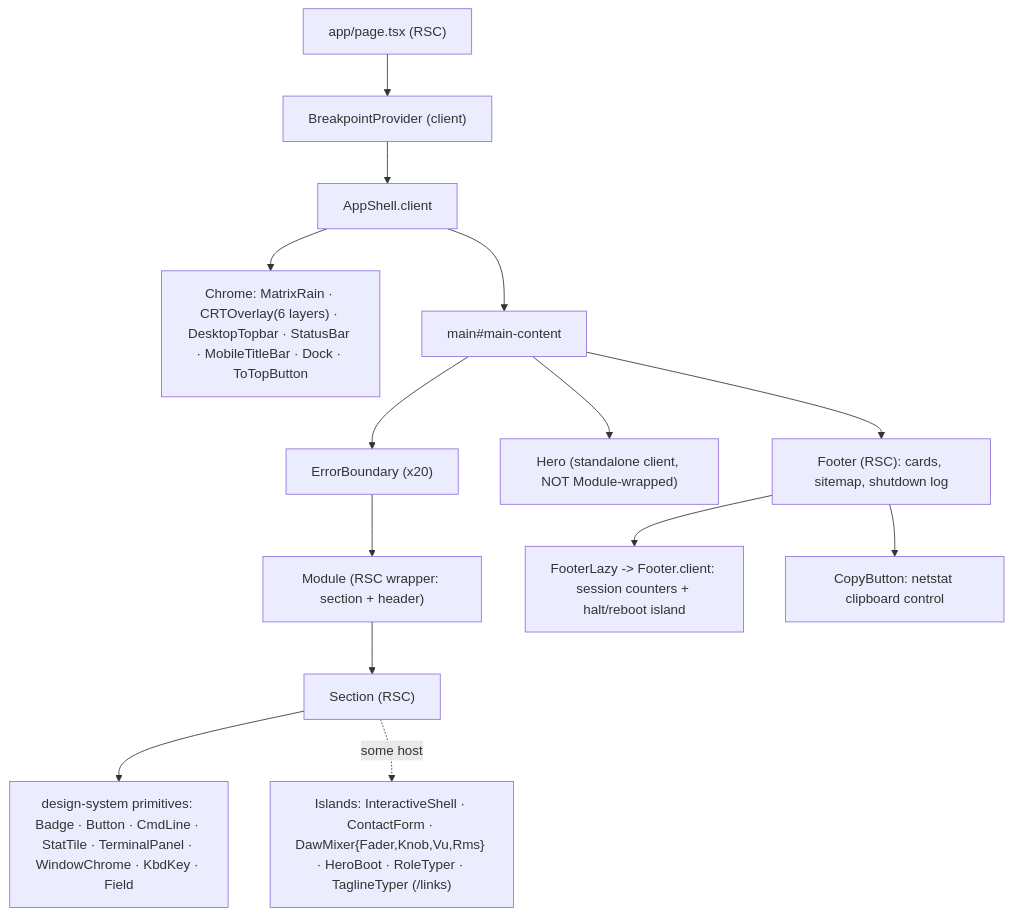
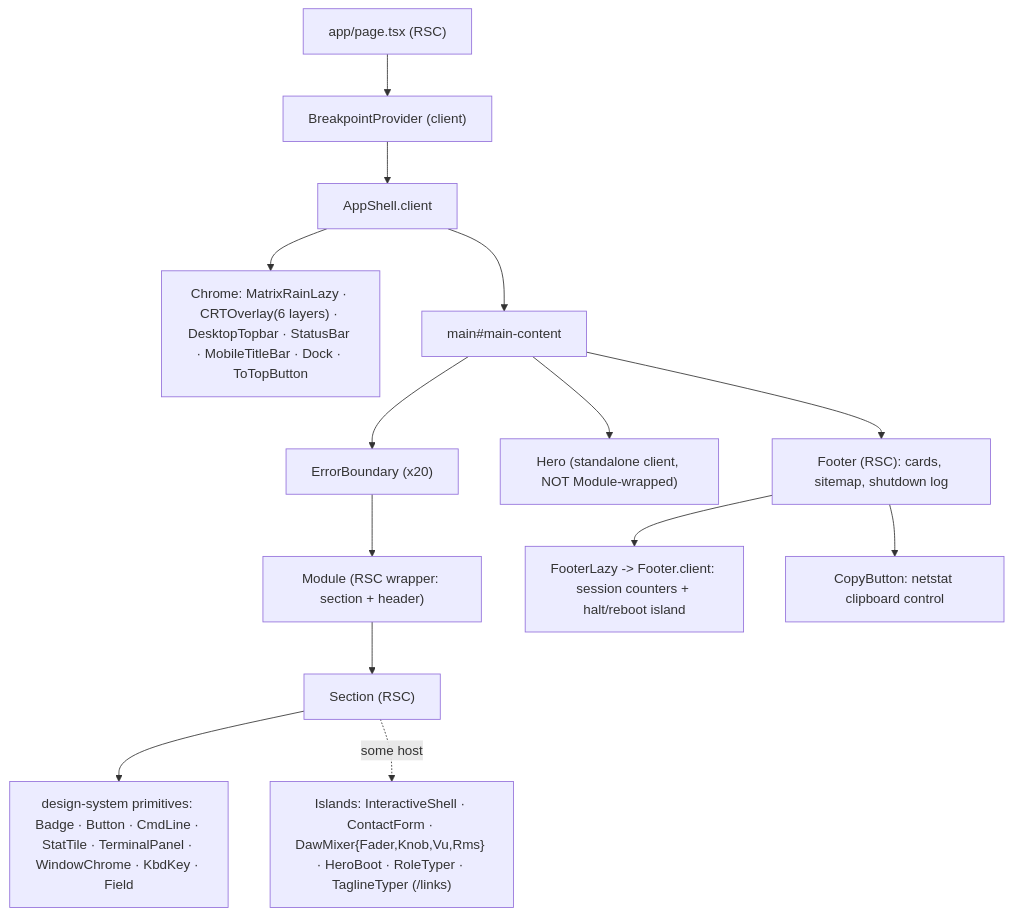
The first of 2 diagrams in docs/04-components-and-state.md (erikunha/portfolio), drawn with Mermaid before and after one commit. The commit also changed 36 other files, not shown here.

````diff
--- a/docs/04-components-and-state.md
+++ b/docs/04-components-and-state.md
@@ -22,16 +22,16 @@
 ```mermaid
 flowchart TD
     page["app/page.tsx (RSC)"] --> bp["BreakpointProvider (client)"]
     bp --> shell["AppShell.client"]
-    shell --> chrome["Chrome: MatrixRain · CRTOverlay(6 layers) · DesktopTopbar · StatusBar · MobileTitleBar · Dock · ToTopButton"]
+    shell --> chrome["Chrome: MatrixRainLazy · CRTOverlay(6 layers) · DesktopTopbar · StatusBar · MobileTitleBar · Dock · ToTopButton"]
     shell --> main["main#main-content"]
     main --> eb["ErrorBoundary (x20)"]
     eb --> mod["Module (RSC wrapper: section + header)"]
     mod --> sec["Section (RSC)"]
     sec --> dsp["design-system primitives: Badge · Button · CmdLine · StatTile · TerminalPanel · WindowChrome · KbdKey · Field"]
     sec -. some host .-> isl["Islands: InteractiveShell · ContactForm · DawMixer{Fader,Knob,Vu,Rms} · HeroBoot · RoleTyper · TaglineTyper (/links)"]
     main --> hero["Hero (standalone client, NOT Module-wrapped)"]
     main --> fl["Footer (RSC): cards, sitemap, shutdown log"]
     fl --> fi["FooterLazy -> Footer.client: session counters + halt/reboot island"]
     fl --> fc["CopyButton: netstat clipboard control"]
 ```
````
